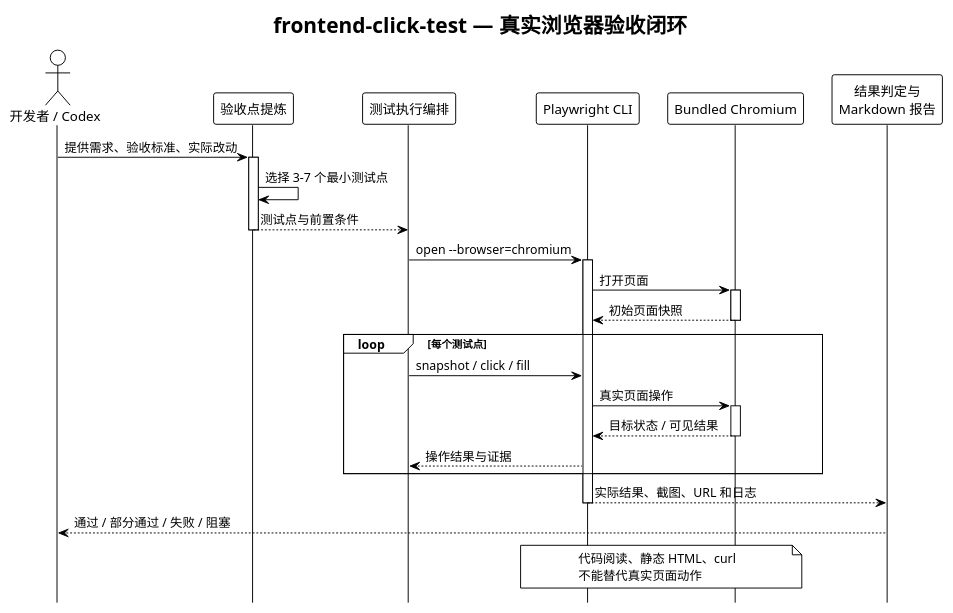
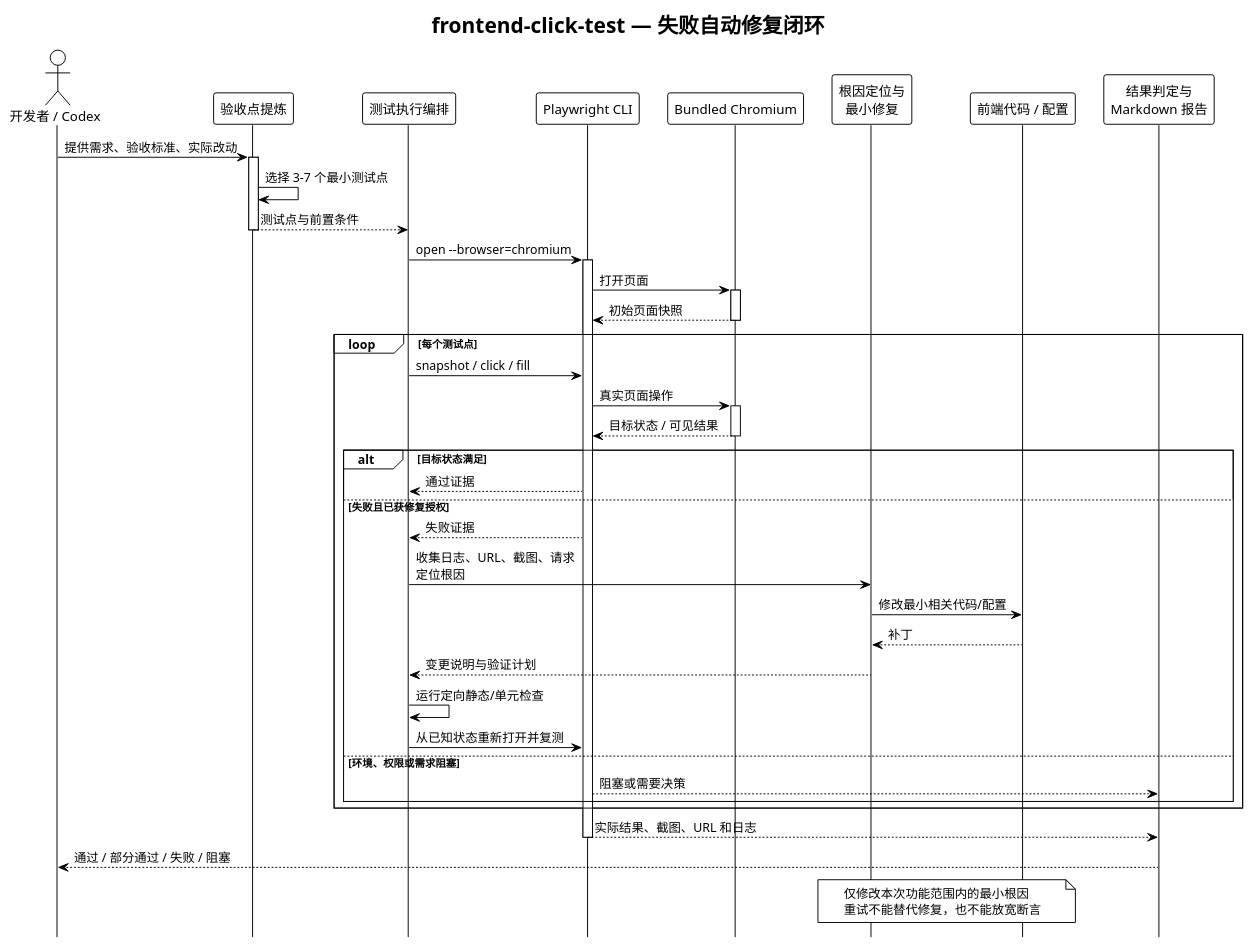
One commit to i-zrhe2016/test-skill changed the diagram in docs/diagrams/frontend-click-test-flow.puml. Above: the diagram before and after it, drawn with PlantUML. The commit also changed 7 other files, not shown here.

Commit message:
feat(frontend-click-test): auto-fix failed checks in loop

```diff
--- a/docs/diagrams/frontend-click-test-flow.puml
+++ b/docs/diagrams/frontend-click-test-flow.puml
@@ -1,44 +1,58 @@
 @startuml
 !theme plain
 
-title frontend-click-test — 真实浏览器验收闭环
+title frontend-click-test — 失败自动修复闭环
 hide footbox
 
 actor "开发者 / Codex" as author
 participant "验收点提炼" as criteria
 participant "测试执行编排" as orchestration
 participant "Playwright CLI" as cli
 participant "Bundled Chromium" as chromium
+participant "根因定位与\n最小修复" as repair
+participant "前端代码 / 配置" as code
 participant "结果判定与\nMarkdown 报告" as report
 
 author -> criteria : 提供需求、验收标准、实际改动
 activate criteria
 criteria -> criteria : 选择 3–7 个最小测试点
 criteria --> orchestration : 测试点与前置条件
 deactivate criteria
 
 orchestration -> cli : open --browser=chromium
 activate cli
 cli -> chromium : 打开页面
 activate chromium
 chromium --> cli : 初始页面快照
 deactivate chromium
 
 loop 每个测试点
   orchestration -> cli : snapshot / click / fill
   cli -> chromium : 真实页面操作
   activate chromium
   chromium --> cli : 目标状态 / 可见结果
   deactivate chromium
-  cli --> orchestration : 操作结果与证据
+  alt 目标状态满足
+    cli --> orchestration : 通过证据
+  else 失败且已获修复授权
+    cli --> orchestration : 失败证据
+    orchestration -> repair : 收集日志、URL、截图、请求\n定位根因
+    repair -> code : 修改最小相关代码/配置
+    code --> repair : 补丁
+    repair --> orchestration : 变更说明与验证计划
+    orchestration -> orchestration : 运行定向静态/单元检查
+    orchestration -> cli : 从已知状态重新打开并复测
+  else 环境、权限或需求阻塞
+    cli --> report : 阻塞或需要决策
+  end
 end
 
 cli --> report : 实际结果、截图、URL 和日志
 deactivate cli
 report --> author : 通过 / 部分通过 / 失败 / 阻塞
 
-note over cli, chromium
-  代码阅读、静态 HTML、curl
-  不能替代真实页面动作
+note over repair, code
+  仅修改本次功能范围内的最小根因
+  重试不能替代修复，也不能放宽断言
 end note
 @enduml
```
